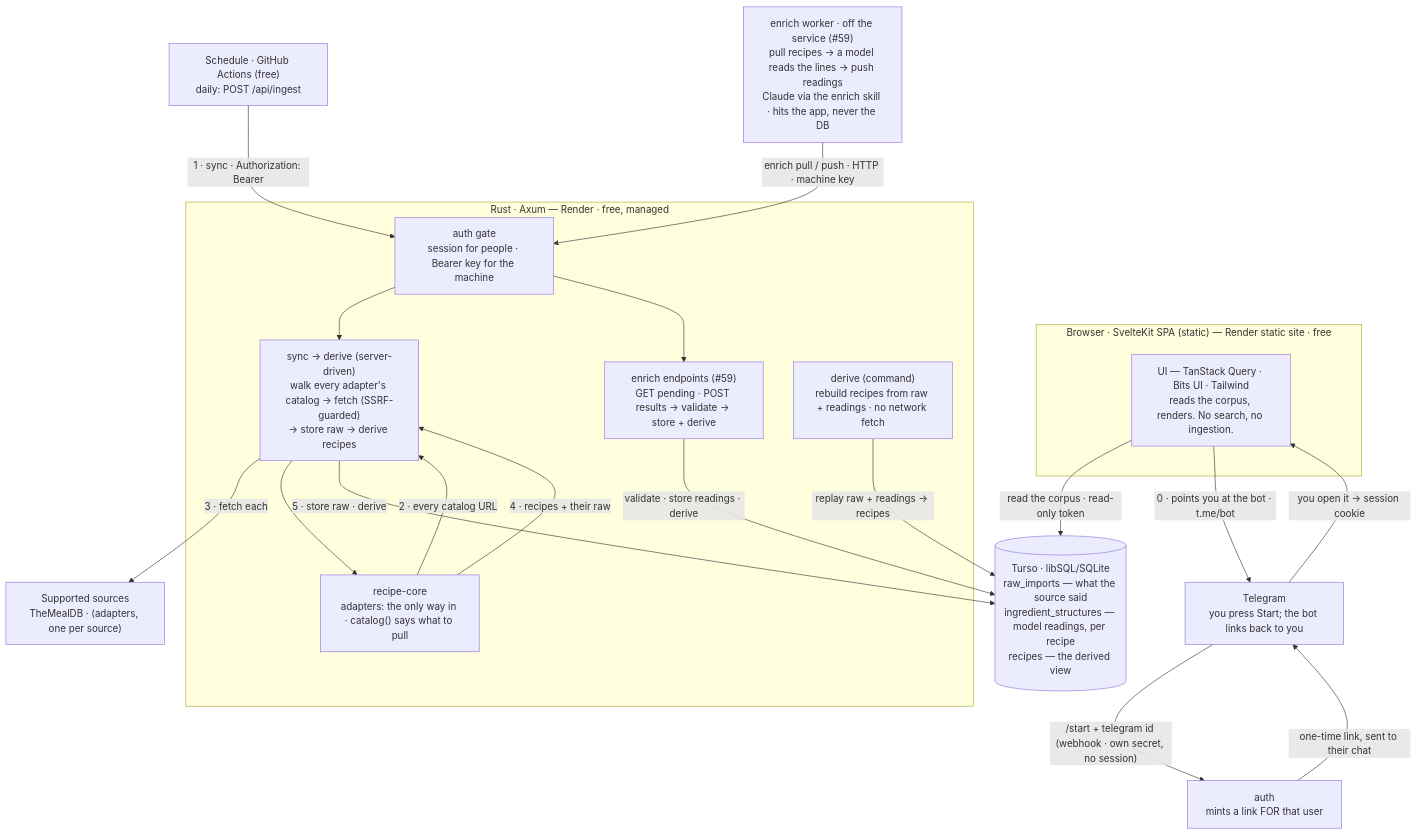
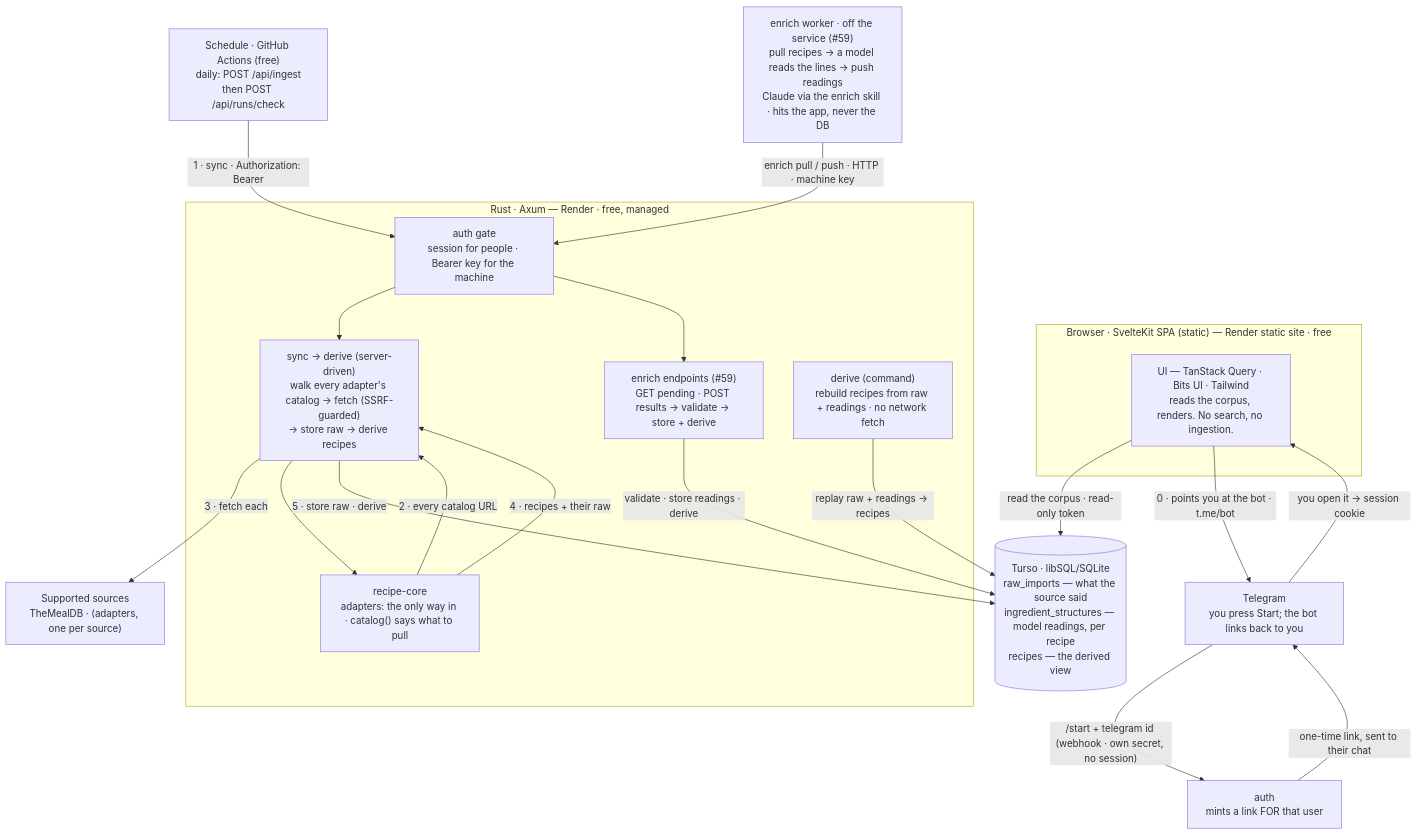
The diagram in README.md (thedavidmeister/recipes), drawn with Mermaid before and after one commit. The commit also changed other lines of this file and 10 other files, not shown here.

First line of the commit message:
Read the runs table on a schedule and tell the admin (#183)

````diff
--- a/README.md
+++ b/README.md
@@ -10,40 +10,40 @@
 ```mermaid
 flowchart TD
     subgraph browser["Browser · SvelteKit SPA (static) — Render static site · free"]
         ui["UI — TanStack Query · Bits UI · Tailwind<br/>reads the corpus, renders. No search, no ingestion."]
     end
 
-    cron["Schedule · GitHub Actions (free)<br/>daily: POST /api/ingest"]
+    cron["Schedule · GitHub Actions (free)<br/>daily: POST /api/ingest<br/>then POST /api/runs/check"]
 
     subgraph render["Rust · Axum — Render · free, managed"]
         gate["auth gate<br/>session for people · Bearer key for the machine"]
         ingest["sync → derive (server-driven)<br/>walk every adapter's catalog → fetch (SSRF-guarded)<br/>→ store raw → derive recipes"]
         enrichep["enrich endpoints (#59)<br/>GET pending · POST results → validate → store + derive"]
         core["recipe-core<br/>adapters: the only way in · catalog() says what to pull"]
         derivecmd["derive (command)<br/>rebuild recipes from raw + readings · no network fetch"]
     end
 
     worker["enrich worker · off the service (#59)<br/>pull recipes → a model reads the lines → push readings<br/>Claude via the enrich skill · hits the app, never the DB"]
 
     tg["Telegram<br/>you press Start; the bot links back to you"]
 
     turso[("Turso · libSQL/SQLite<br/>raw_imports — what the source said<br/>ingredient_structures — model readings, per recipe<br/>recipes — the derived view")]
     ext["Supported sources<br/>TheMealDB · (adapters, one per source)"]
 
     ui -->|"read the corpus · read-only token"| turso
     ui -->|"0 · points you at the bot · t.me/bot"| tg
     tg -->|"/start + telegram id (webhook · own secret, no session)"| wh["auth<br/>mints a link FOR that user"]
     wh -->|"one-time link, sent to their chat"| tg
     tg -->|"you open it -> session cookie"| ui
     cron -->|"1 · sync · Authorization: Bearer"| gate
     gate --> ingest
     core -->|"2 · every catalog URL"| ingest
     ingest -->|"3 · fetch each"| ext
     ingest --> core
     core -->|"4 · recipes + their raw"| ingest
     ingest -->|"5 · store raw · derive"| turso
     worker -->|"enrich pull / push · HTTP · machine key"| gate
     gate --> enrichep
     enrichep -->|"validate · store readings · derive"| turso
     derivecmd -->|"replay raw + readings → recipes"| turso
 ```
````
